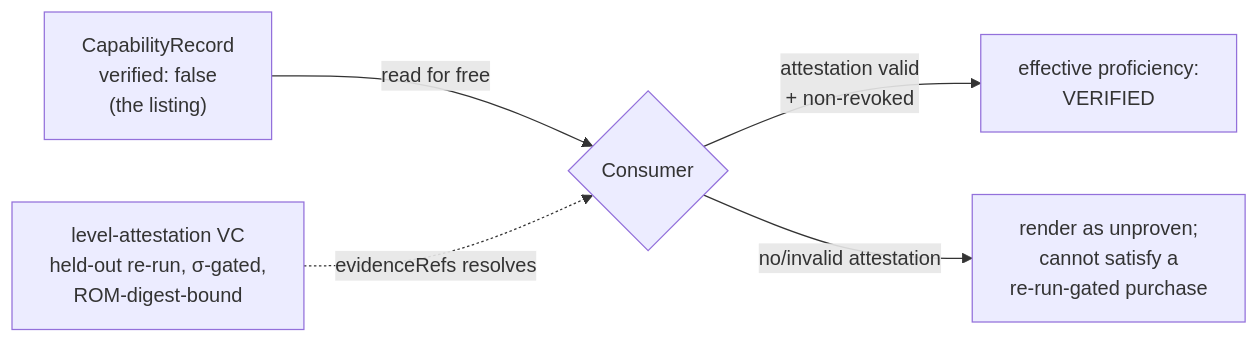
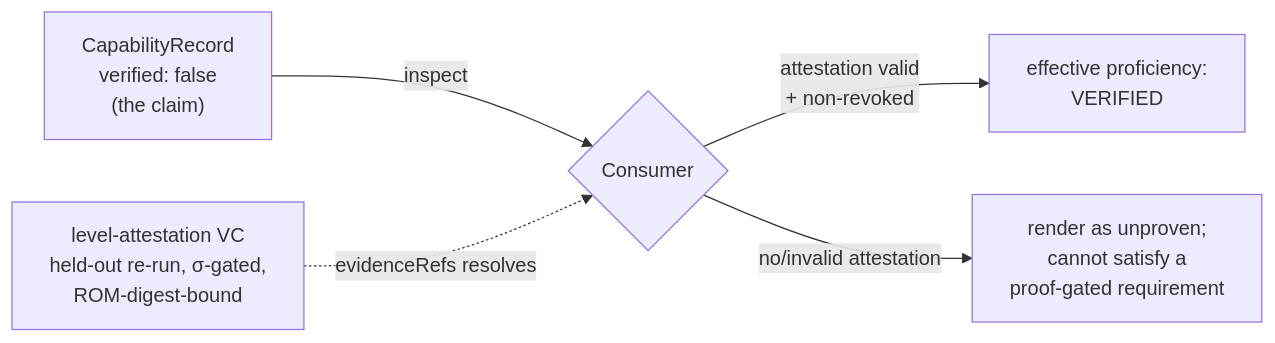
Before and after one commit to lboel/acx: the diagram in docs-site/docs/format/capabilities.md, drawn with Mermaid. The commit also changed other lines of this file and 108 other files, not shown here.

````diff
--- a/docs-site/docs/format/capabilities.md
+++ b/docs-site/docs/format/capabilities.md
@@ -153,7 +170,7 @@
 ```mermaid
 flowchart LR
-  A["CapabilityRecord<br/>verified: false<br/>(the listing)"] -->|"read for free"| C{Consumer}
+  A["CapabilityRecord<br/>verified: false<br/>(the claim)"] -->|"inspect"| C{Consumer}
   B["level-attestation VC<br/>held-out re-run, σ-gated,<br/>ROM-digest-bound"] -.->|"evidenceRefs resolves"| C
   C -->|"attestation valid<br/>+ non-revoked"| D["effective proficiency:<br/>VERIFIED"]
-  C -->|"no/invalid attestation"| E["render as unproven;<br/>cannot satisfy a<br/>re-run-gated purchase"]
+  C -->|"no/invalid attestation"| E["render as unproven;<br/>cannot satisfy a<br/>proof-gated requirement"]
 ```
````
